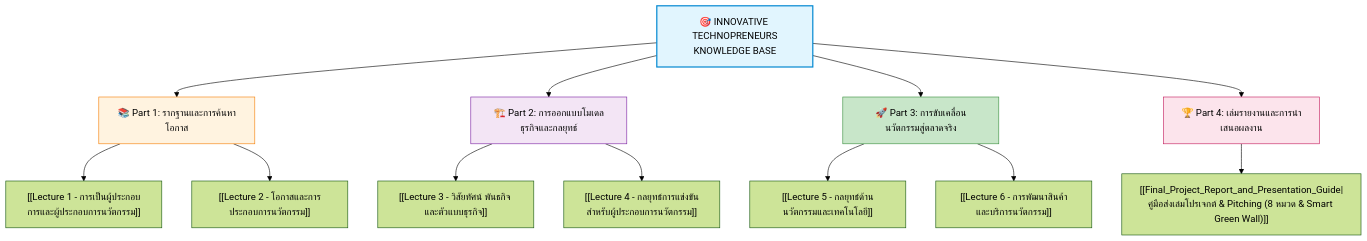
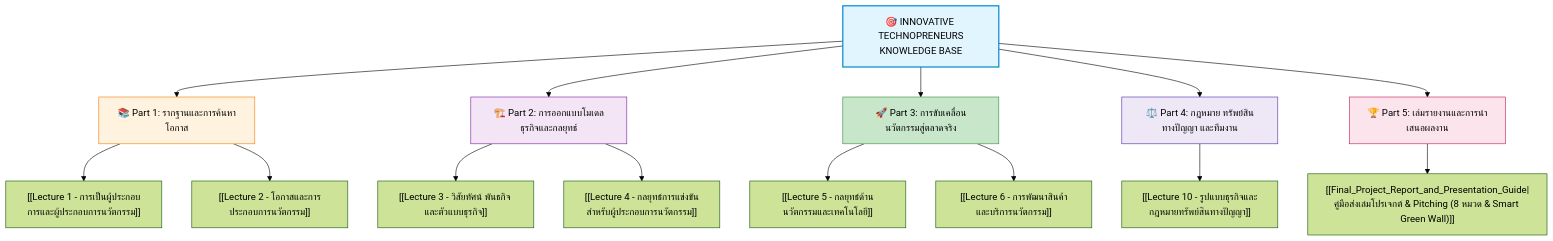
Before and after one commit to kanomoo/innovative-technopreneurs: the diagram in Wiki/Innovative Technopreneurs Index.md, drawn with Mermaid (forest theme). The commit also changed other lines of this file and 44 other files, not shown here.

Commit message:
feat(project): finalize Smart Queue Food deliverables, add Lecture 10, clean project structure, and update assets

````diff
--- a/Wiki/Innovative Technopreneurs Index.md
+++ b/Wiki/Innovative Technopreneurs Index.md
@@ -17,31 +17,36 @@
 ```mermaid
 graph TD
     ROOT["🎯 INNOVATIVE TECHNOPRENEURS<br/>KNOWLEDGE BASE"]
     
     P1["📚 Part 1: รากฐานและการค้นหาโอกาส"]
     P2["🏗️ Part 2: การออกแบบโมเดลธุรกิจและกลยุทธ์"]
     P3["🚀 Part 3: การขับเคลื่อนนวัตกรรมสู่ตลาดจริง"]
-    P4["🏆 Part 4: เล่มรายงานและการนำเสนอผลงาน"]
+    P4["⚖️ Part 4: กฎหมาย ทรัพย์สินทางปัญญา และทีมงาน"]
+    P5["🏆 Part 5: เล่มรายงานและการนำเสนอผลงาน"]
 
     ROOT --> P1
     ROOT --> P2
     ROOT --> P3
     ROOT --> P4
+    ROOT --> P5
 
     P1 --> L1["[[Lecture 1 - การเป็นผู้ประกอบการและผู้ประกอบการนวัตกรรม]]"]
     P1 --> L2["[[Lecture 2 - โอกาสและการประกอบการนวัตกรรม]]"]
 
     P2 --> L3["[[Lecture 3 - วิสัยทัศน์ พันธกิจ และตัวแบบธุรกิจ]]"]
     P2 --> L4["[[Lecture 4 - กลยุทธ์การแข่งขันสำหรับผู้ประกอบการนวัตกรรม]]"]
 
     P3 --> L5["[[Lecture 5 - กลยุทธ์ด้านนวัตกรรมและเทคโนโลยี]]"]
     P3 --> L6["[[Lecture 6 - การพัฒนาสินค้าและบริการนวัตกรรม]]"]
 
-    P4 --> L7["[[Final_Project_Report_and_Presentation_Guide|คู่มือส่งเล่มโปรเจกต์ & Pitching (8 หมวด & Smart Green Wall)]]"]
+    P4 --> L10["[[Lecture 10 - รูปแบบธุรกิจและกฎหมายทรัพย์สินทางปัญญา]]"]
+
+    P5 --> L7["[[Final_Project_Report_and_Presentation_Guide|คู่มือส่งเล่มโปรเจกต์ & Pitching (8 หมวด & Smart Green Wall)]]"]
 
     style ROOT fill:#e1f5fe,stroke:#0288d1,stroke-width:2px
     style P1 fill:#fff3e0,stroke:#f57c00
     style P2 fill:#f3e5f5,stroke:#7b1fa2
     style P3 fill:#c8e6c9,stroke:#388e3c
-    style P4 fill:#fce4ec,stroke:#c2185b
+    style P4 fill:#ede7f6,stroke:#512da8
+    style P5 fill:#fce4ec,stroke:#c2185b
 ```
````
